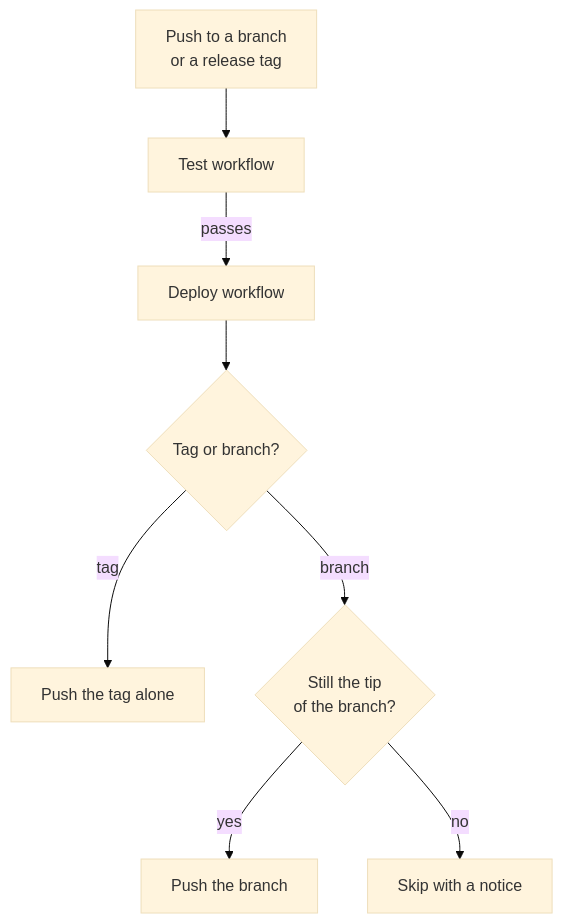
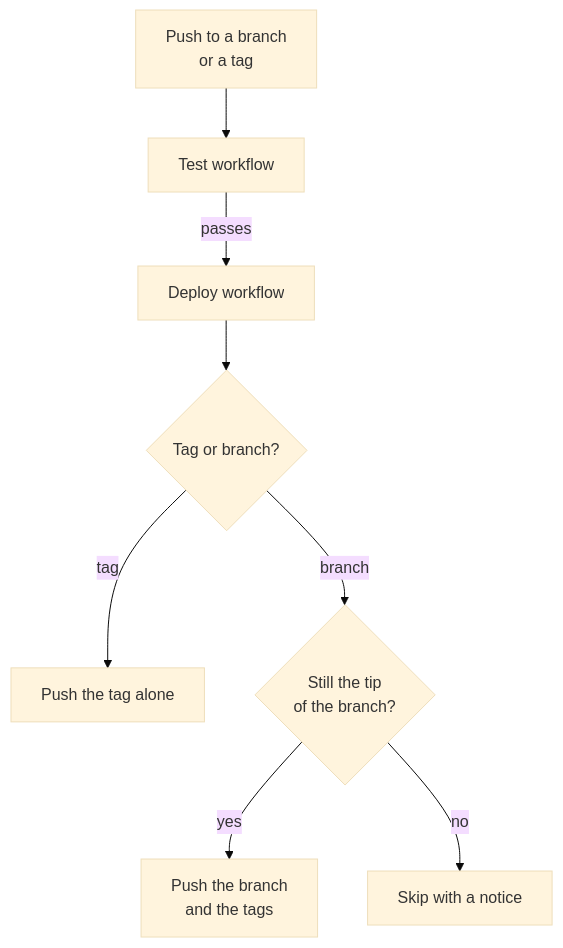
Before and after one commit to drevops/eddy: the diagram in .eddy/docs/content/deployment/README.mdx, drawn with Mermaid (base theme). The commit also changed other lines of this file and 32 other files, not shown here.

````diff
--- a/.eddy/docs/content/deployment/README.mdx
+++ b/.eddy/docs/content/deployment/README.mdx
@@ -17,10 +17,10 @@
 ```mermaid
 flowchart TB
-  push["Push to a branch<br/>or a release tag"] --> test["Test workflow"]
+  push["Push to a branch<br/>or a tag"] --> test["Test workflow"]
   test -->|passes| deploy["Deploy workflow"]
   deploy --> kind{"Tag or branch?"}
   kind -->|tag| tag["Push the tag alone"]
   kind -->|branch| tip{"Still the tip<br/>of the branch?"}
-  tip -->|yes| branch["Push the branch"]
+  tip -->|yes| branch["Push the branch<br/>and the tags"]
   tip -->|no| skip["Skip with a notice"]
 ```
````
